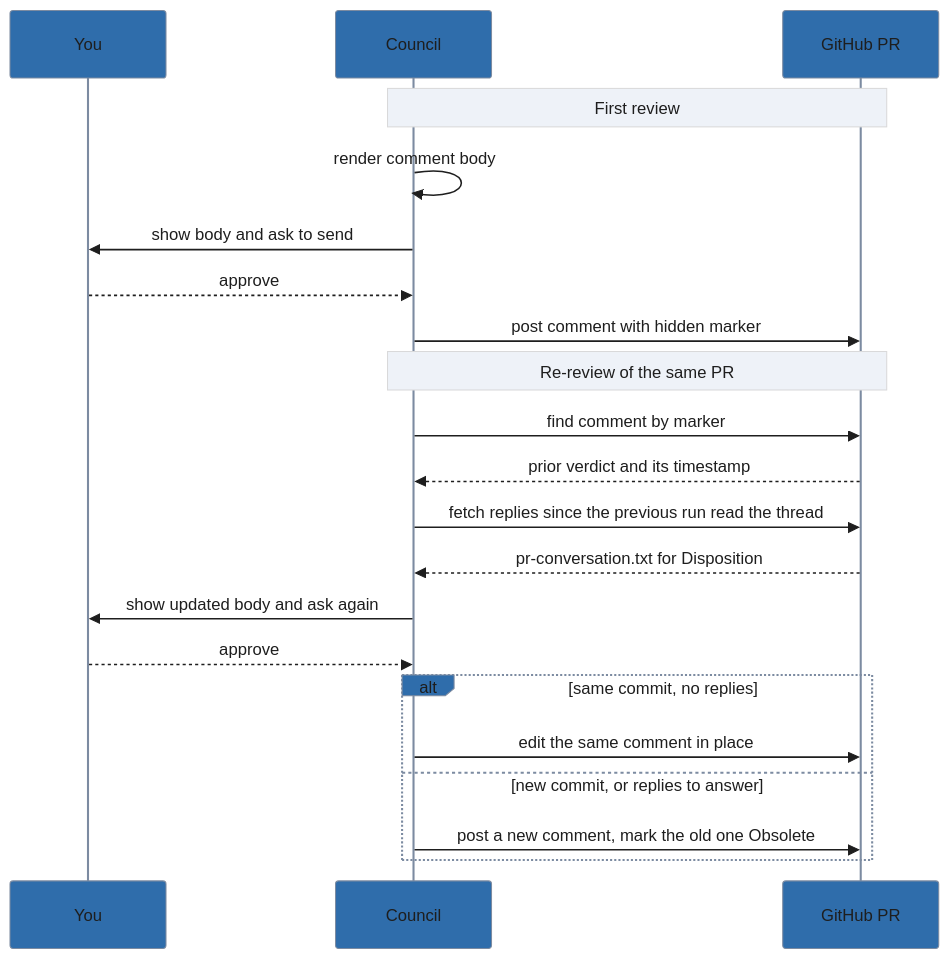
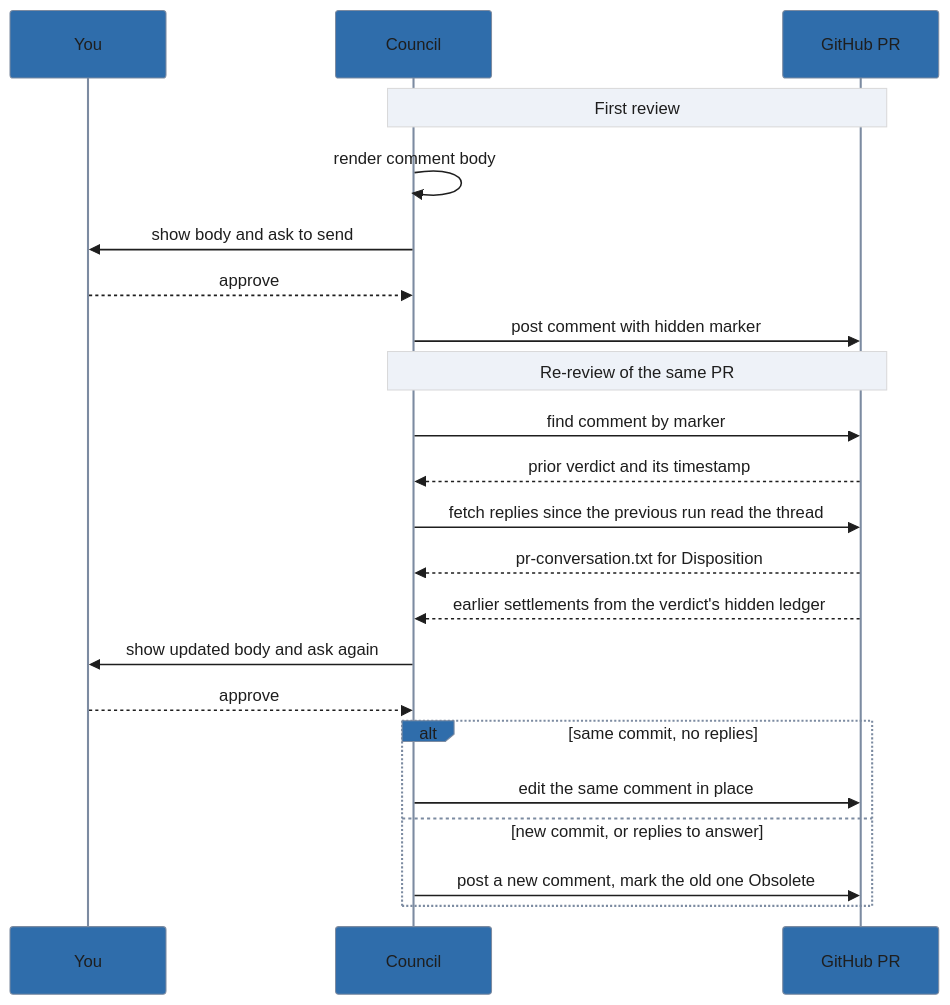
One commit to lolables/lola-mod-review-council changed the first of 2 diagrams in README.md. Above: the diagram before and after it, drawn with Mermaid. The commit also changed other lines of this file and 62 other files, not shown here.

````diff
--- a/README.md
+++ b/README.md
@@ -338,41 +338,42 @@
 ```mermaid
 %%{init: {'theme': 'base', 'themeVariables': {
   'primaryColor': '#2f6dab',
   'primaryTextColor': '#1e1e1e',
   'primaryBorderColor': '#7c8ba1',
   'lineColor': '#7c8ba1',
   'edgeLabelBackground': '#eef2f8',
   'tertiaryColor': 'transparent',
   'tertiaryTextColor': '#7c8ba1',
   'tertiaryBorderColor': '#7c8ba1',
   'clusterBkg': 'transparent',
   'clusterBorder': '#7c8ba1',
   'titleColor': '#7c8ba1',
   'noteBkgColor': '#eef2f8',
   'noteTextColor': '#1e1e1e',
   'fontFamily': 'system-ui, sans-serif'
 }, 'themeCSS': '.node .nodeLabel{color:#ffffff!important;fill:#ffffff!important;}'}}%%
 sequenceDiagram
     participant You
     participant Council
     participant PR as GitHub PR
 
     Note over Council,PR: First review
     Council->>Council: render comment body
     Council->>You: show body and ask to send
     You-->>Council: approve
     Council->>PR: post comment with hidden marker
 
     Note over Council,PR: Re-review of the same PR
     Council->>PR: find comment by marker
     PR-->>Council: prior verdict and its timestamp
     Council->>PR: fetch replies since the previous run read the thread
     PR-->>Council: pr-conversation.txt for Disposition
+    PR-->>Council: earlier settlements from the verdict's hidden ledger
     Council->>You: show updated body and ask again
     You-->>Council: approve
     alt same commit, no replies
         Council->>PR: edit the same comment in place
     else new commit, or replies to answer
         Council->>PR: post a new comment, mark the old one Obsolete
     end
 ```
````
